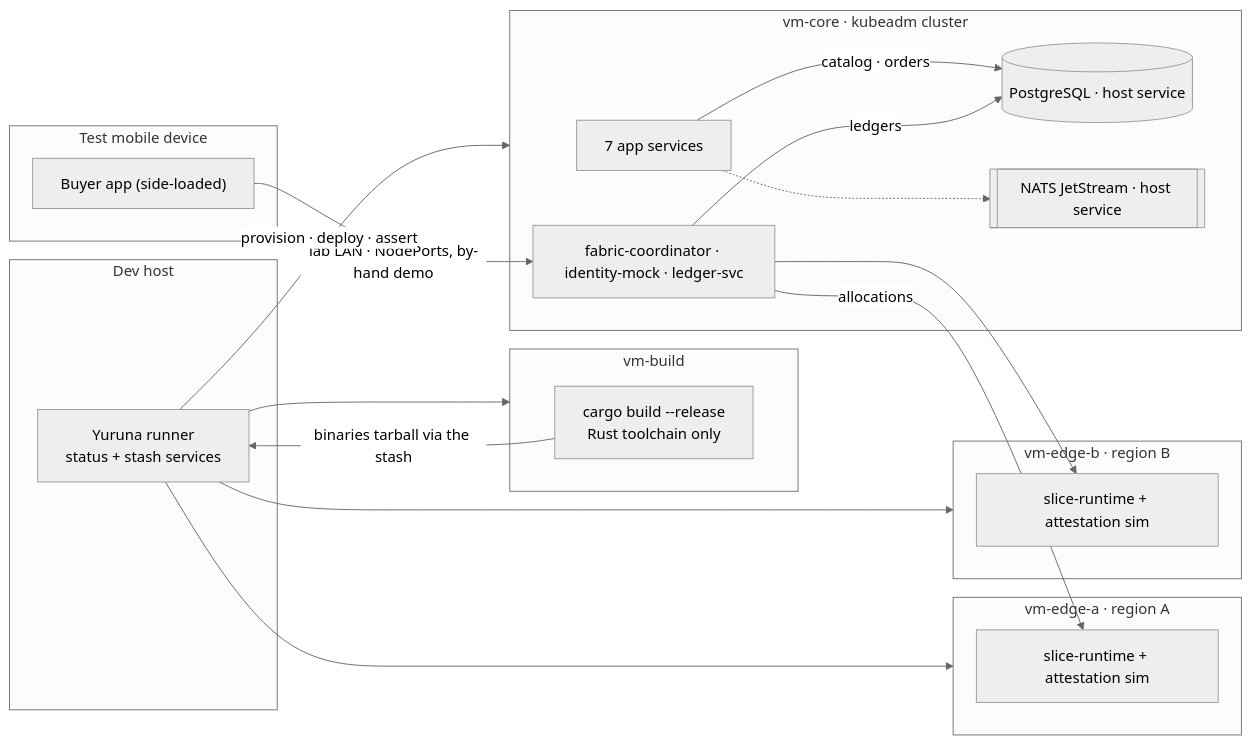
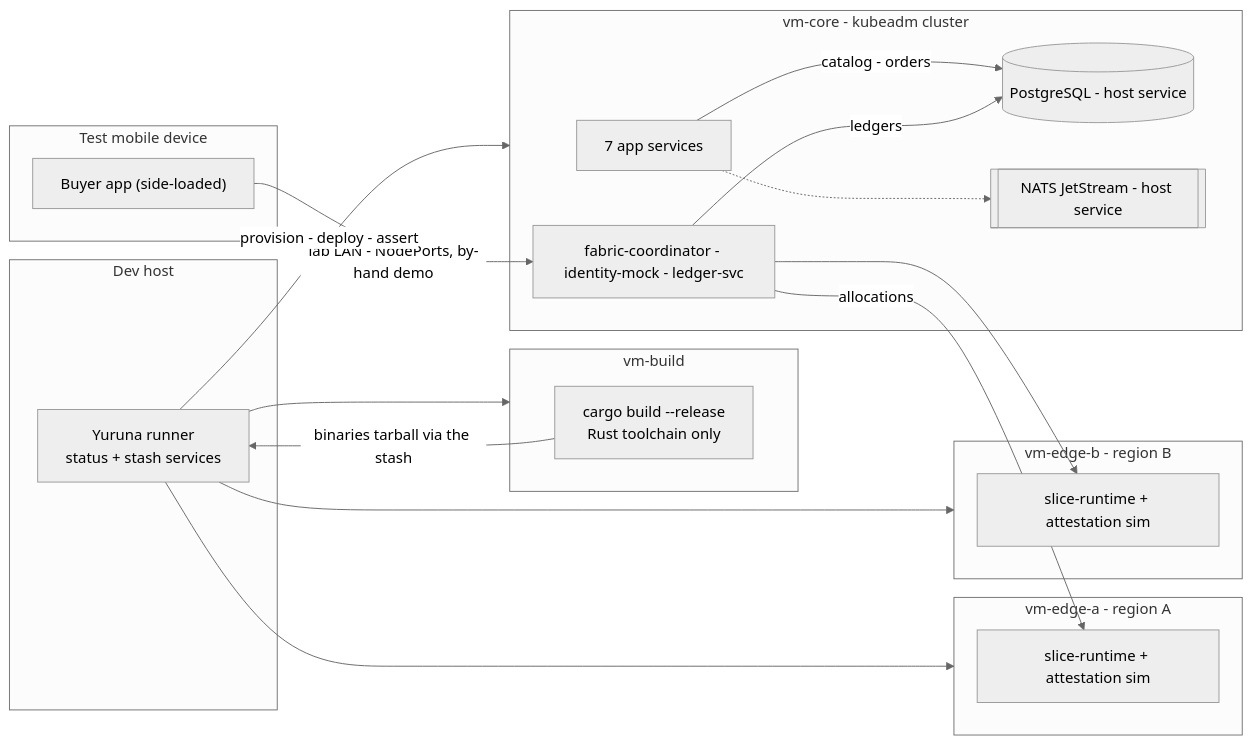
Before and after one commit to alius-git/amisad.dev: the second of 2 diagrams in plan/design/01-overview.md, drawn with Mermaid (neutral theme). The commit also changed other lines of this file and 44 other files, not shown here.

````diff
--- a/plan/design/01-overview.md
+++ b/plan/design/01-overview.md
@@ -45,36 +45,36 @@
 ```mermaid
 flowchart LR
     subgraph host["Dev host"]
         runner["Yuruna runner<br/>status + stash services"]
     end
     subgraph vmbuild["vm-build"]
         compile["cargo build --release<br/>Rust toolchain only"]
     end
-    subgraph vmcore["vm-core · kubeadm cluster"]
+    subgraph vmcore["vm-core - kubeadm cluster"]
         apps["7 app services"]
-        foundations["fabric-coordinator · identity-mock · ledger-svc"]
-        pg[("PostgreSQL · host service")]
-        nats[["NATS JetStream · host service"]]
+        foundations["fabric-coordinator - identity-mock - ledger-svc"]
+        pg[("PostgreSQL - host service")]
+        nats[["NATS JetStream - host service"]]
     end
-    subgraph vmedgea["vm-edge-a · region A"]
+    subgraph vmedgea["vm-edge-a - region A"]
         rta["slice-runtime + attestation sim"]
     end
-    subgraph vmedgeb["vm-edge-b · region B"]
+    subgraph vmedgeb["vm-edge-b - region B"]
         rtb["slice-runtime + attestation sim"]
     end
     subgraph device["Test mobile device"]
         flutter["Buyer app (side-loaded)"]
     end
 
-    runner -->|"provision · deploy · assert"| vmcore
+    runner -->|"provision - deploy - assert"| vmcore
     runner --> vmbuild
     runner --> vmedgea
     runner --> vmedgeb
     compile -->|"binaries tarball via the stash"| runner
-    flutter -->|"lab LAN · NodePorts, by-hand demo"| foundations
+    flutter -->|"lab LAN - NodePorts, by-hand demo"| foundations
     foundations -->|"allocations"| rta
     foundations --> rtb
-    apps -->|"catalog · orders"| pg
+    apps -->|"catalog - orders"| pg
     foundations -->|"ledgers"| pg
     apps -.-> nats
 ```
````
